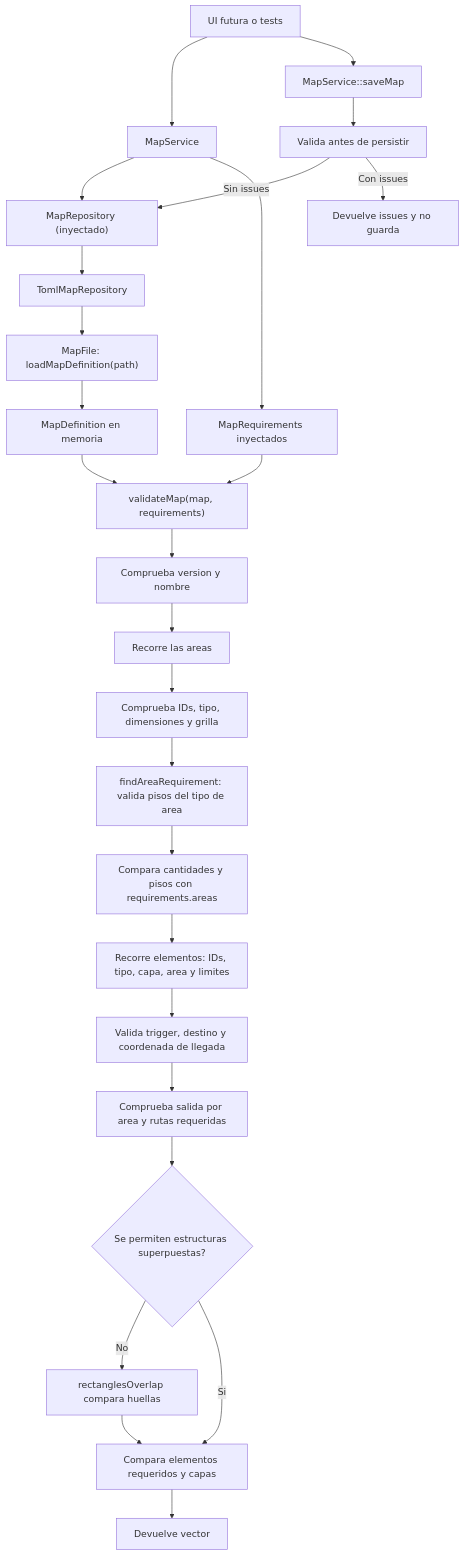
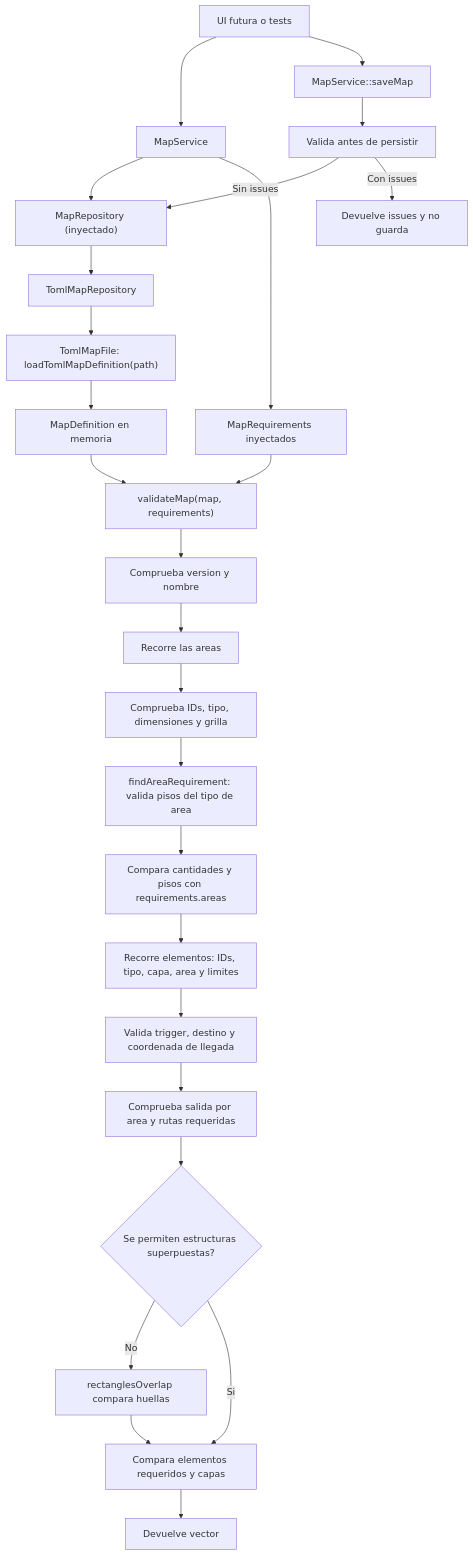
One commit to mmartingarciiaa/stardew-map-editor changed the third of 3 diagrams in src/map/MapValidatorFlow.md. Above: the diagram before and after it, drawn with Mermaid. The commit also changed other lines of this file and 10 other files, not shown here.

Commit message:
refactor(map): migrate to TOML-based map file handling

````diff
--- a/src/map/MapValidatorFlow.md
+++ b/src/map/MapValidatorFlow.md
@@ -67,30 +67,30 @@
 ```mermaid
 flowchart TD
     Caller["UI futura o tests"] --> Service["MapService"]
     Service --> Repository["MapRepository (inyectado)"]
     Repository --> TomlRepository["TomlMapRepository"]
-    TomlRepository --> LoadFile["MapFile: loadMapDefinition(path)"]
+    TomlRepository --> LoadFile["TomlMapFile: loadTomlMapDefinition(path)"]
     LoadFile --> Map["MapDefinition en memoria"]
     Service --> Requirements["MapRequirements inyectados"]
     Map --> Validate["validateMap(map, requirements)"]
     Requirements --> Validate
 
     Validate --> Metadata["Comprueba version y nombre"]
     Metadata --> Areas["Recorre las areas"]
     Areas --> AreaFields["Comprueba IDs, tipo, dimensiones y grilla"]
     AreaFields --> Floors["findAreaRequirement: valida pisos del tipo de area"]
     Floors --> AreaCounts["Compara cantidades y pisos con requirements.areas"]
     AreaCounts --> Elements["Recorre elementos: IDs, tipo, capa, area y limites"]
     Elements --> Routes["Valida trigger, destino y coordenada de llegada"]
     Routes --> Connections["Comprueba salida por area y rutas requeridas"]
     Connections --> Overlap{Se permiten estructuras superpuestas?}
     Overlap -->|"No"| Rectangles["rectanglesOverlap compara huellas"]
     Overlap -->|"Si"| RequiredElements
     Rectangles --> RequiredElements["Compara elementos requeridos y capas"]
     RequiredElements --> Result["Devuelve vector<MapValidationIssue>"]
 
     Caller --> Save["MapService::saveMap"]
     Save --> SaveValidate["Valida antes de persistir"]
     SaveValidate -->|"Sin issues"| Repository
     SaveValidate -->|"Con issues"| ReturnIssues["Devuelve issues y no guarda"]
 ```
````
